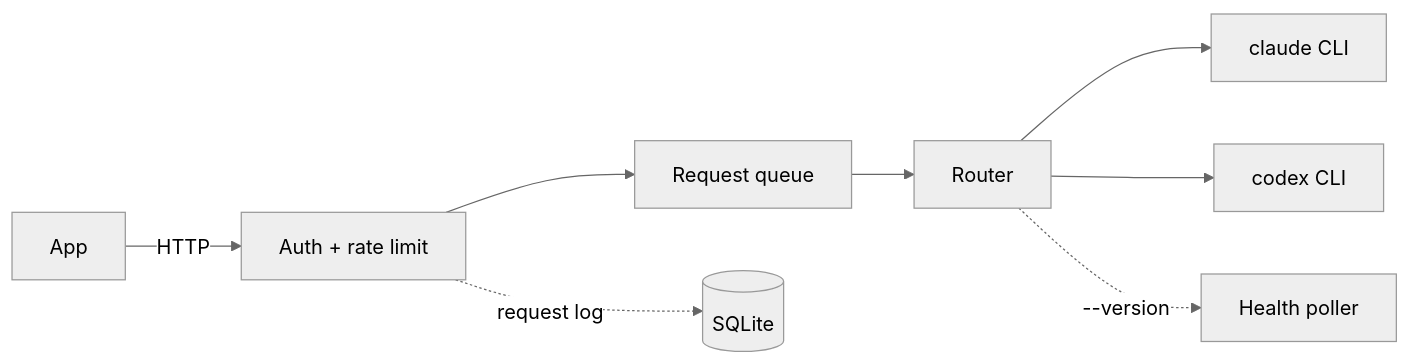
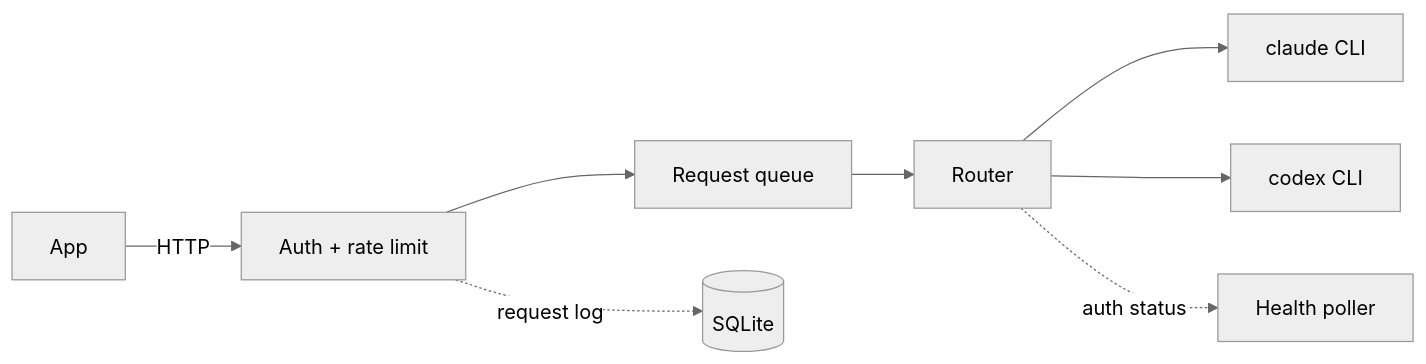
One commit to rodacato/SheLLM changed the second of 2 diagrams in README.md. Above: the diagram before and after it, drawn with Mermaid (neutral theme). The commit also changed other lines of this file and 1 other file, not shown here.

First line of the commit message:
docs: say what health probes run, and show the photo-to-data shape

````diff
--- a/README.md
+++ b/README.md
@@ -381,10 +389,10 @@
 ```mermaid
 graph LR
     App -->|HTTP| Auth[Auth + rate limit]
     Auth --> Queue[Request queue]
     Queue --> Router
     Router --> Claude[claude CLI]
     Router --> Codex[codex CLI]
-    Router -.->|--version| Health[Health poller]
+    Router -.->|auth status| Health[Health poller]
     Auth -.->|request log| SQLite[(SQLite)]
 ```
````
